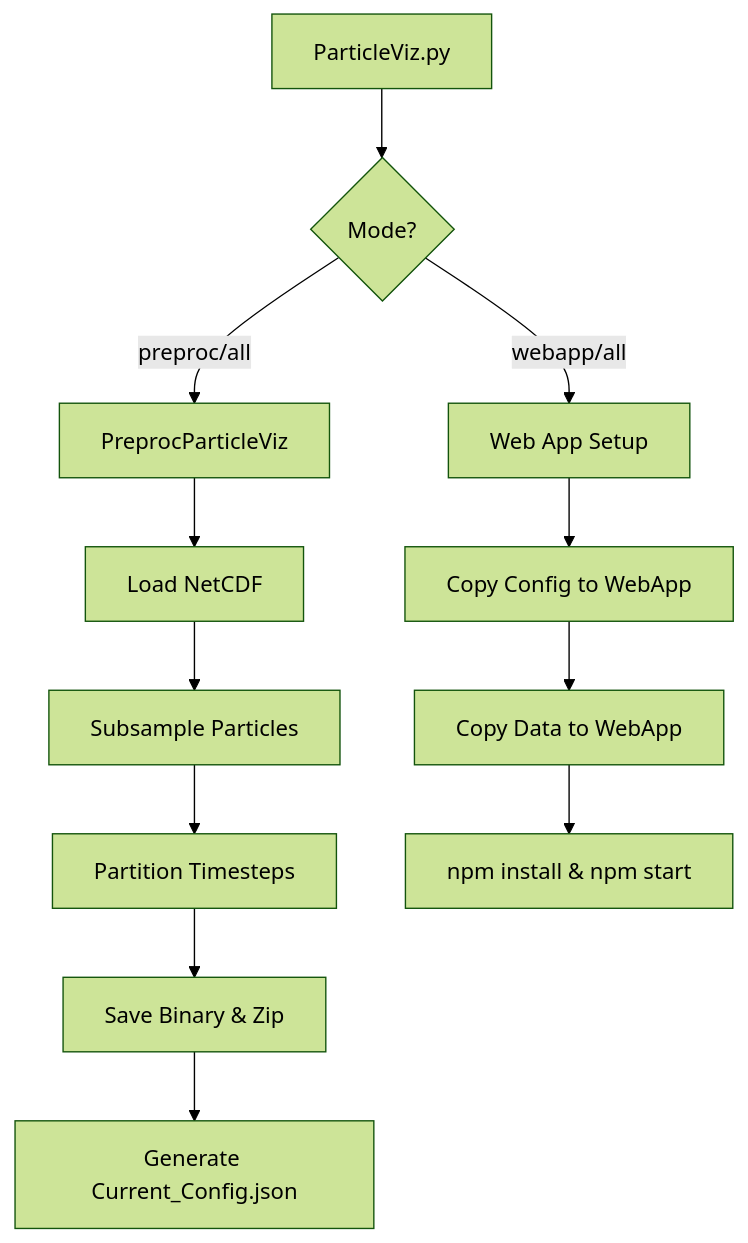
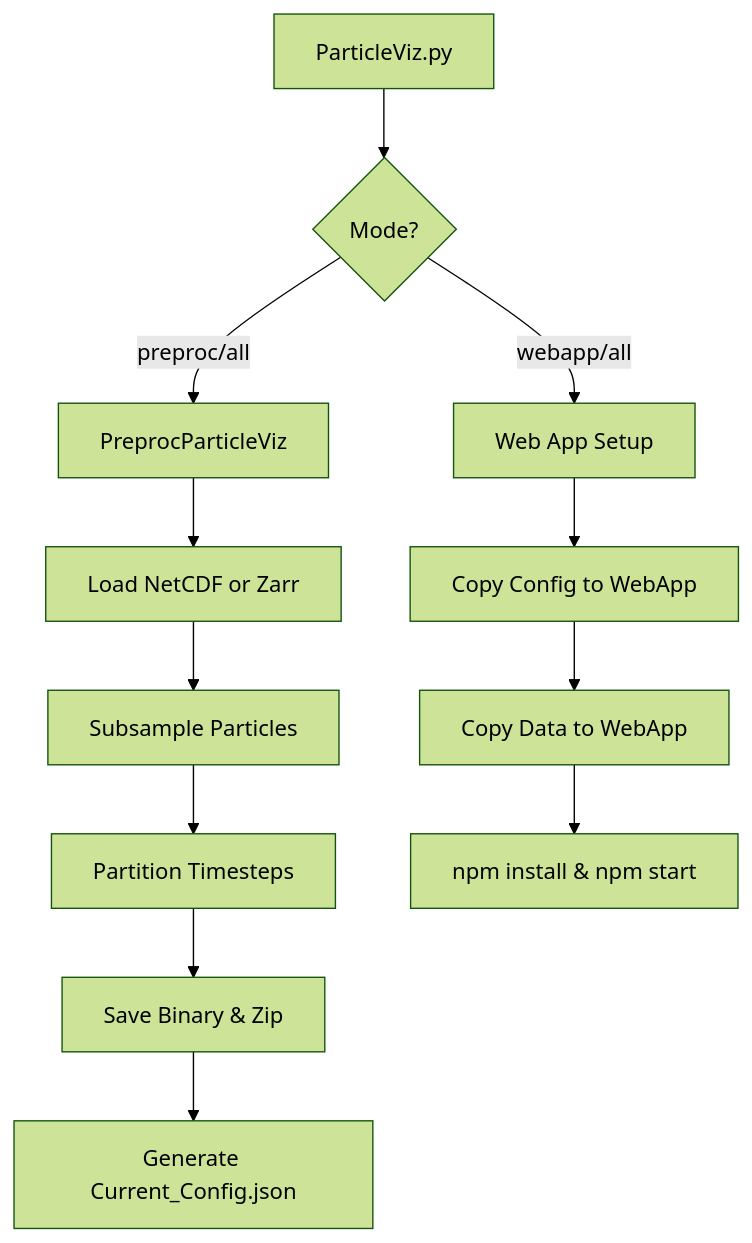
One commit to olmozavala/particleviz changed the diagram in docs/code_flow.md. Above: the diagram before and after it, drawn with Mermaid (forest theme). The commit also changed other lines of this file and 65 other files, not shown here.

````diff
--- a/docs/code_flow.md
+++ b/docs/code_flow.md
@@ -40,16 +40,16 @@
 ```mermaid
 graph TD
     A[ParticleViz.py] --> B{Mode?}
     B -->|preproc/all| C[PreprocParticleViz]
     B -->|webapp/all| D[Web App Setup]
     
-    C --> C1[Load NetCDF]
+    C --> C1[Load NetCDF or Zarr]
     C1 --> C2[Subsample Particles]
     C2 --> C3[Partition Timesteps]
     C3 --> C4[Save Binary & Zip]
     C4 --> C5[Generate Current_Config.json]
     
     D --> D1[Copy Config to WebApp]
     D1 --> D2[Copy Data to WebApp]
     D2 --> D3[npm install & npm start]
 ```
````
